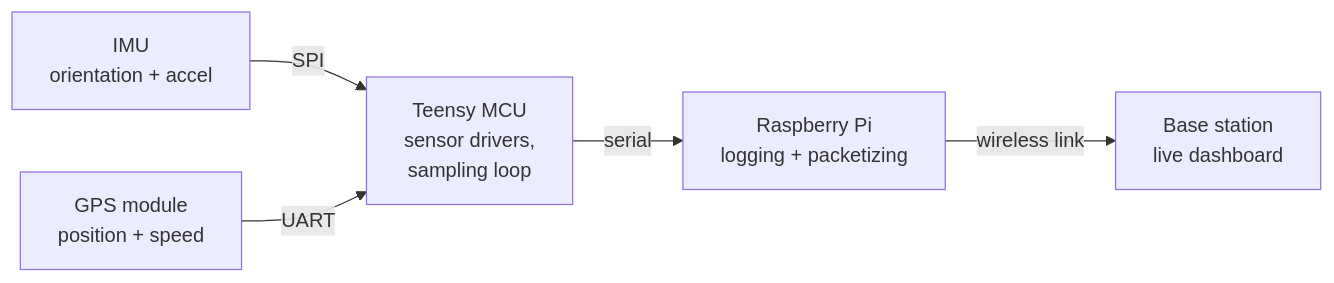
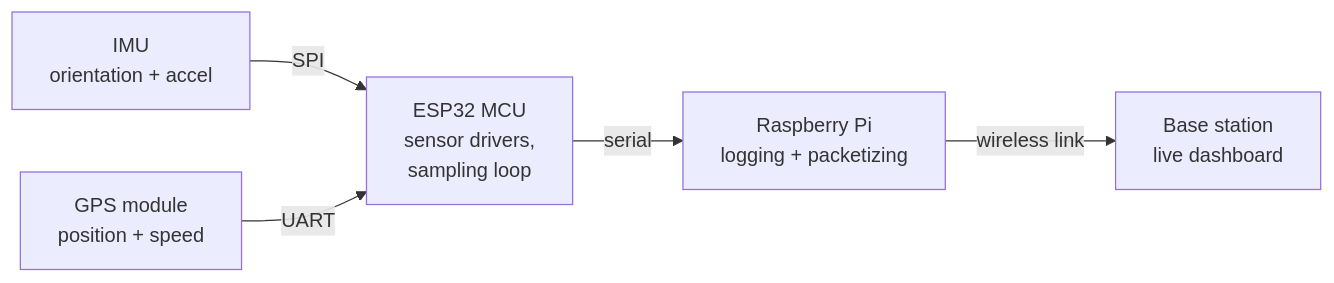
Before and after one commit to nirav1011/M25baja-daq-telemetry: the diagram in README.md, drawn with Mermaid. The commit also changed other lines of this file, not shown here.

````diff
--- a/README.md
+++ b/README.md
@@ -26,7 +26,7 @@
 ```mermaid
 flowchart LR
-    IMU["IMU<br/>orientation + accel"] -- SPI --> T["Teensy MCU<br/>sensor drivers,<br/>sampling loop"]
+    IMU["IMU<br/>orientation + accel"] -- SPI --> T["ESP32 MCU<br/>sensor drivers,<br/>sampling loop"]
     GPS["GPS module<br/>position + speed"] -- UART --> T
     T -- serial --> PI["Raspberry Pi<br/>logging + packetizing"]
     PI -- wireless link --> ANT["Base station<br/>live dashboard"]
 ```
````
